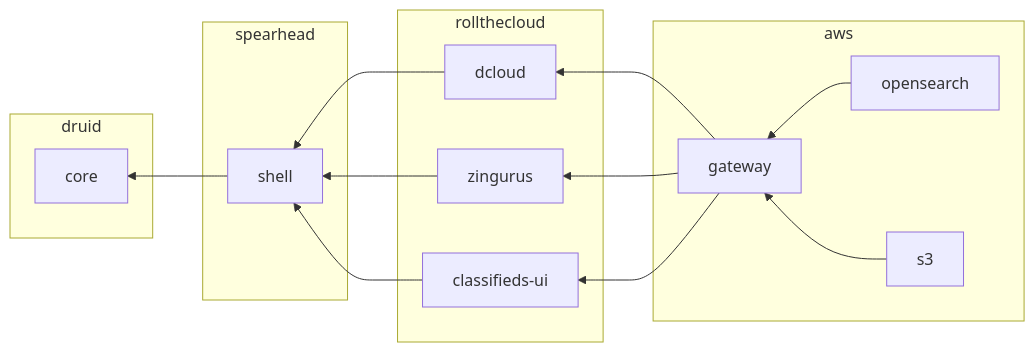
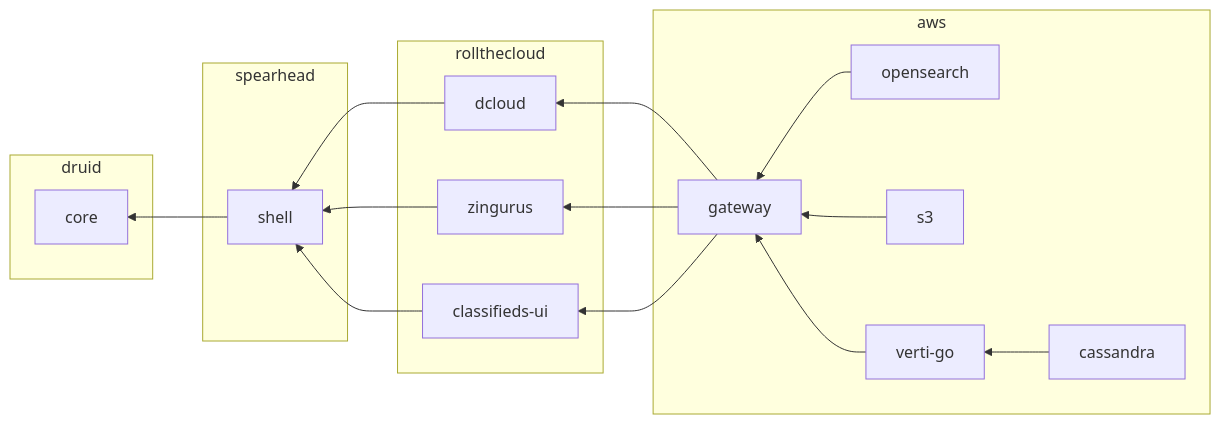
Before and after one commit to rollthecloudinc/quell: the first of 2 diagrams in architecture/ecosystem/README.md, drawn with Mermaid.

````diff
--- a/architecture/ecosystem/README.md
+++ b/architecture/ecosystem/README.md
@@ -3,21 +3,23 @@
 ```mermaid
 flowchart RL
 subgraph druid
 core
 end
 subgraph spearhead
 shell-->core
 end
 subgraph rollthecloud
 dcloud-->shell
 zingurus-->shell
 classifieds-ui-->shell
 end
 subgraph aws
 gateway-->dcloud
 gateway-->zingurus
 gateway-->classifieds-ui
 opensearch-->gateway
 s3-->gateway
+verti-go-->gateway
+cassandra-->verti-go
 end
 ```
````
